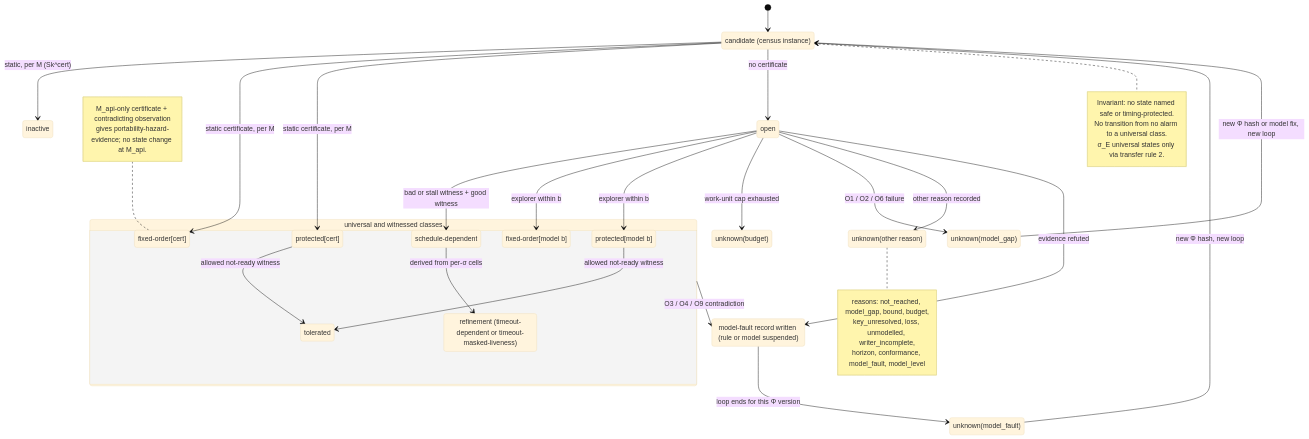
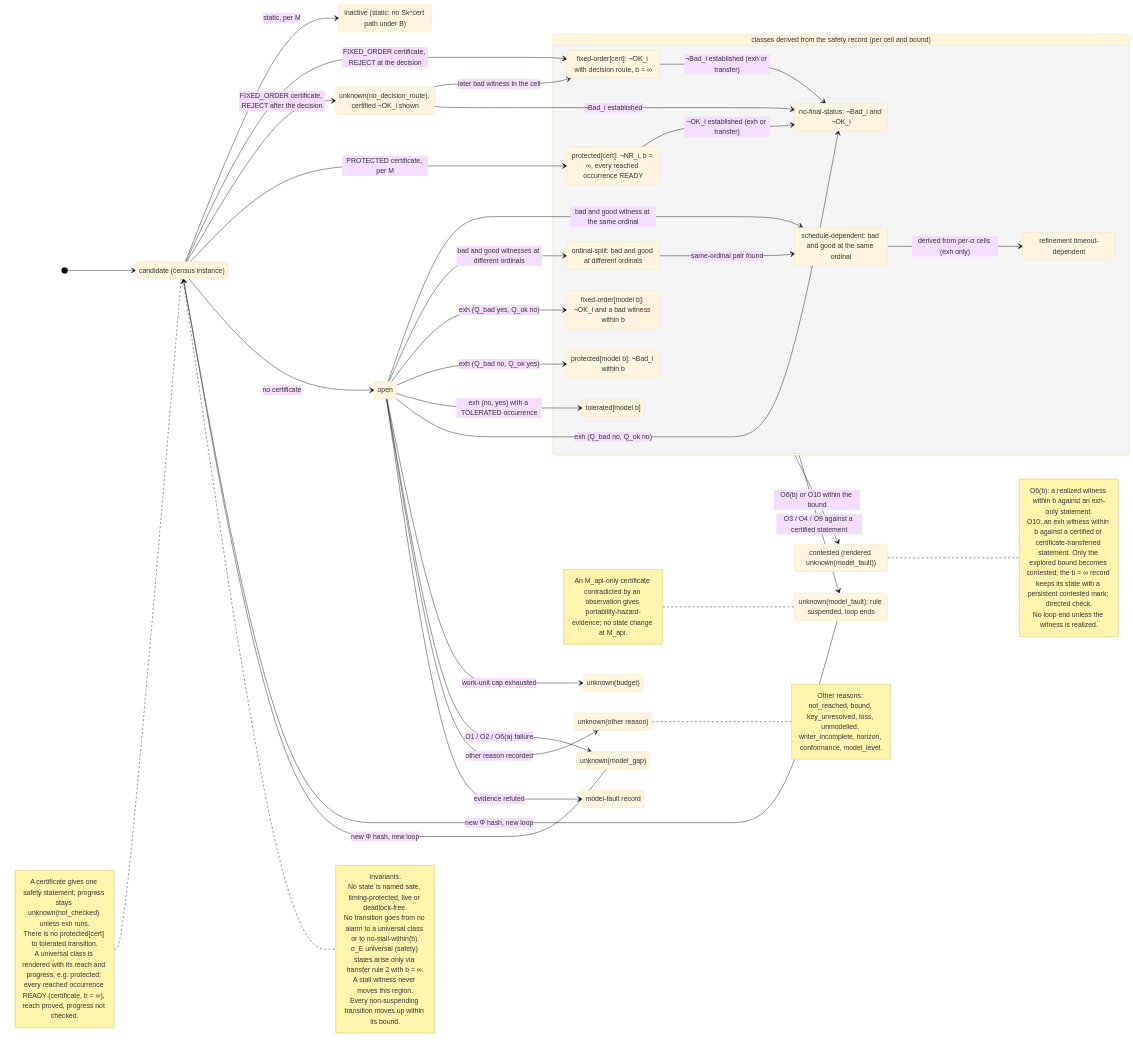
Before and after one commit to wookjaeya/Shape-Perf: the diagram in research/cfs_procrace/Architecture/diagrams/D6_verdict_overview.mmd, drawn with Mermaid (base theme). The commit also changed 43 other files, not shown here.

First line of the commit message:
Architecture: mirror SPEC rev 1.1 into Korean docs, PI decisions, terminology background and diagrams; first consistency-fix round

```diff
--- a/research/cfs_procrace/Architecture/diagrams/D6_verdict_overview.mmd
+++ b/research/cfs_procrace/Architecture/diagrams/D6_verdict_overview.mmd
@@ -1,59 +1,84 @@
 stateDiagram-v2
-    %% D6 overview - verdict state machine for one (σ, M) cell. Source: spec §12 D6; §1.10, §4.12, §4.14.
-    %% Parallel evidence/axis regions: D6_verdict_axes.mmd.
+    direction LR
+    %% D6 overview - class region of the verdict state machine for one (σ, M) cell and bound. Source: spec §12 D6 (rev 1.1); §1.10, §4.12, §4.14.
+    %% The class is a safety classification, a function of the safety record (¬Bad_i, ¬OK_i, ¬NR_i, witnesses with ordinals).
+    %% Parallel regions (evidence, naturalness, provider, reach, scope, progress, trust ledger): D6_verdict_axes.mmd.
 
     state "candidate (census instance)" as candidate
     state "open" as open
-    state "inactive" as inactive
+    state "inactive (static: no Sk^cert path under B)" as inactive
+    state "unknown(no_decision_route), certified ¬OK_i shown" as unkNDR
     state "unknown(budget)" as unkBudget
-    state "unknown(model_fault)" as unkFault
     state "unknown(model_gap)" as unkGap
     state "unknown(other reason)" as unkOther
-    state "model-fault record written (rule or model suspended)" as mfr
+    state "unknown(model_fault): rule suspended, loop ends" as unkFault
+    state "contested (rendered unknown(model_fault))" as contested
+    state "model-fault record" as mfr
 
-    state "universal and witnessed classes" as classes {
-        state "protected[cert]" as protCert
-        state "protected[model b]" as protModel
-        state "tolerated" as tolerated
-        state "fixed-order[cert]" as fixCert
-        state "fixed-order[model b]" as fixModel
-        state "schedule-dependent" as schedDep
-        state "refinement (timeout-dependent or timeout-masked-liveness)" as refine
-        protCert --> tolerated : allowed not-ready witness
-        protModel --> tolerated : allowed not-ready witness
-        schedDep --> refine : derived from per-σ cells
+    state "classes derived from the safety record (per cell and bound)" as classes {
+        state "protected[cert]: ¬NR_i, b = ∞, every reached occurrence READY" as protCert
+        state "fixed-order[cert]: ¬OK_i with decision route, b = ∞" as fixCert
+        state "protected[model b]: ¬Bad_i within b" as protModel
+        state "tolerated[model b]" as tolModel
+        state "fixed-order[model b]: ¬OK_i and a bad witness within b" as fixModel
+        state "no-final-status: ¬Bad_i and ¬OK_i" as nfs
+        state "ordinal-split: bad and good at different ordinals" as ordSplit
+        state "schedule-dependent: bad and good at the same ordinal" as schedDep
+        state "refinement timeout-dependent" as refine
+        protCert --> nfs : ¬OK_i established (exh or transfer)
+        fixCert --> nfs : ¬Bad_i established (exh or transfer)
+        ordSplit --> schedDep : same-ordinal pair found
+        schedDep --> refine : derived from per-σ cells (exh only)
     }
 
     [*] --> candidate
-    candidate --> inactive : static, per M (Sk^cert)
-    candidate --> fixCert : static certificate, per M
-    candidate --> protCert : static certificate, per M
+    candidate --> inactive : static, per M
+    candidate --> fixCert : FIXED_ORDER certificate, REJECT at the decision
+    candidate --> unkNDR : FIXED_ORDER certificate, REJECT after the decision
+    candidate --> protCert : PROTECTED certificate, per M
     candidate --> open : no certificate
-    open --> schedDep : bad or stall witness + good witness
-    open --> fixModel : explorer within b
-    open --> protModel : explorer within b
+    unkNDR --> fixCert : later bad witness in the cell
+    unkNDR --> nfs : ¬Bad_i established
+    open --> schedDep : bad and good witness at the same ordinal
+    open --> ordSplit : bad and good witnesses at different ordinals
+    open --> fixModel : exh (Q_bad yes, Q_ok no)
+    open --> protModel : exh (Q_bad no, Q_ok yes)
+    open --> tolModel : exh (no, yes) with a TOLERATED occurrence
+    open --> nfs : exh (Q_bad no, Q_ok no)
     open --> unkBudget : work-unit cap exhausted
-    open --> unkGap : O1 / O2 / O6 failure
+    open --> unkGap : O1 / O2 / O6(a) failure
     open --> unkOther : other reason recorded
     open --> mfr : evidence refuted
-    classes --> mfr : O3 / O4 / O9 contradiction
-    mfr --> unkFault : loop ends for this Φ version
+    classes --> unkFault : O3 / O4 / O9 against a certified statement
+    classes --> contested : O6(b) or O10 within the bound
     unkFault --> candidate : new Φ hash, new loop
-    unkGap --> candidate : new Φ hash or model fix, new loop
+    unkGap --> candidate : new Φ hash, new loop
 
     note right of candidate
-        Invariant: no state named safe or timing-protected.
-        No transition from no alarm to a universal class.
-        σ_E universal states only via transfer rule 2.
+        Invariants.
+        No state is named safe, timing-protected, live or deadlock-free.
+        No transition goes from no alarm to a universal class or to no-stall-within(b).
+        σ_E universal (safety) states arise only via transfer rule 2 with b = ∞.
+        A stall witness never moves this region.
+        Every non-suspending transition moves up within its bound.
     end note
 
-    note left of fixCert
-        M_api-only certificate + contradicting observation
-        gives portability-hazard-evidence; no state change at M_api.
+    note left of candidate
+        A certificate gives one safety statement; progress stays unknown(not_checked) unless exh runs.
+        There is no protected[cert] to tolerated transition.
+        A universal class is rendered with its reach and progress, e.g. protected: every reached occurrence READY (certificate, b = ∞), reach proved, progress not checked.
+    end note
+
+    note right of contested
+        O6(b): a realized witness within b against an exh-only statement.
+        O10: an exh witness within b against a certified or certificate-transferred statement. Only the explored bound becomes contested; the b = ∞ record keeps its state with a persistent contested mark; directed check.
+        No loop end unless the witness is realized.
+    end note
+
+    note left of unkFault
+        An M_api-only certificate contradicted by an observation gives portability-hazard-evidence; no state change at M_api.
     end note
 
     note right of unkOther
-        reasons: not_reached, model_gap, bound, budget,
-        key_unresolved, loss, unmodelled, writer_incomplete,
-        horizon, conformance, model_fault, model_level
+        Other reasons: not_reached, bound, key_unresolved, loss, unmodelled, writer_incomplete, horizon, conformance, model_level.
     end note
```
